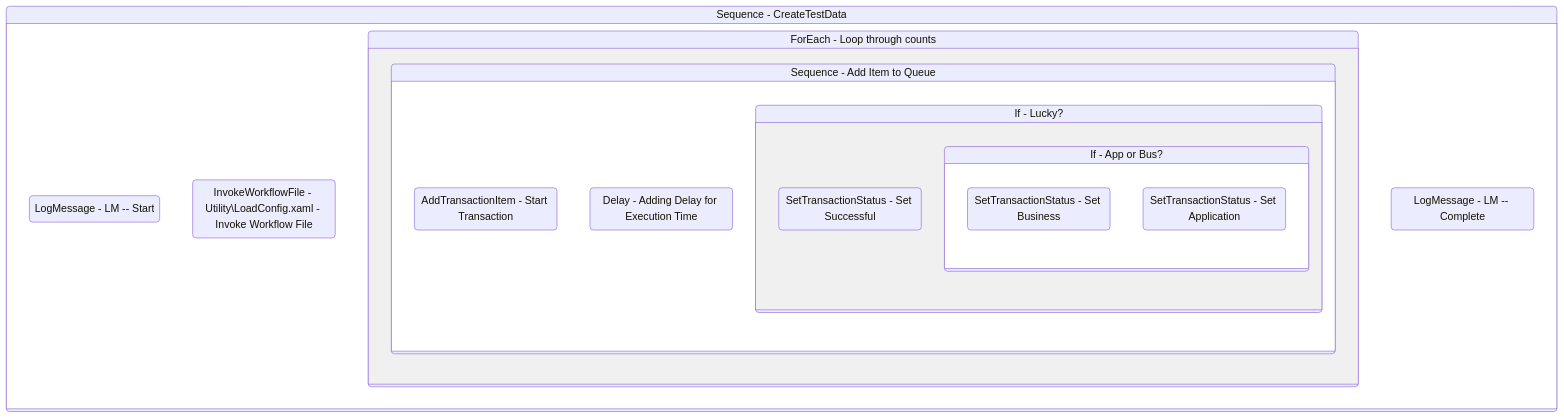
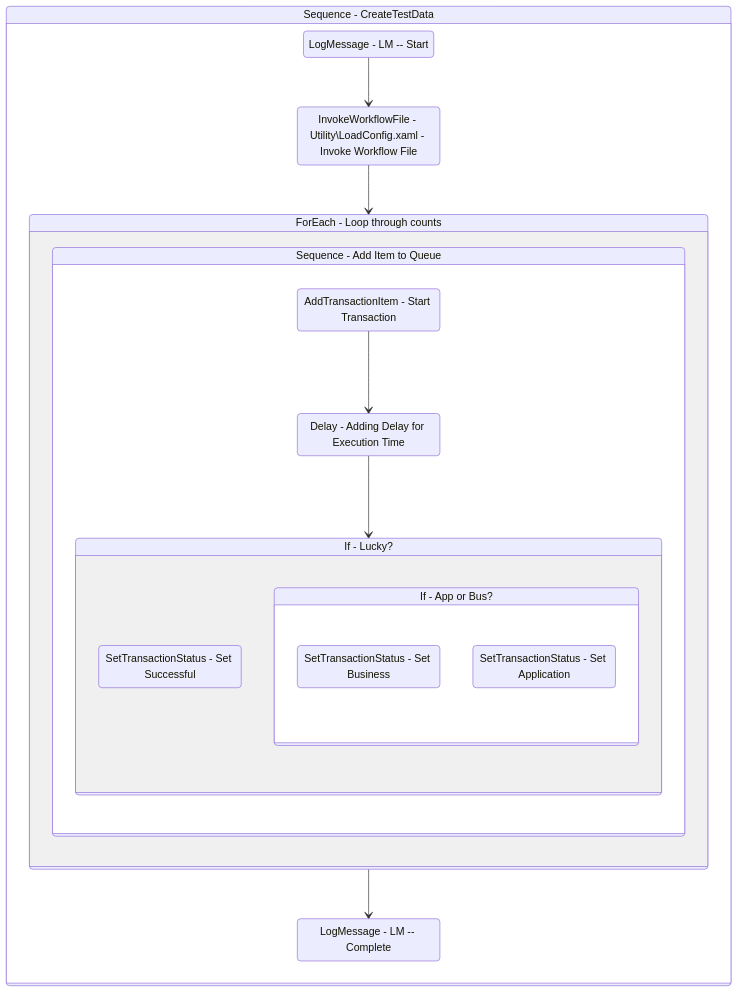
The diagram in Documentation/.templates/Reporters/Basic/Tests/CreateTestData.md (yashbrahmbhatt/LazyFramework), drawn with Mermaid before and after one commit. The commit also changed 78 other files, not shown here.

Commit message:
added handling of ifs in autodocs mermaid

````diff
--- a/Documentation/.templates/Reporters/Basic/Tests/CreateTestData.md
+++ b/Documentation/.templates/Reporters/Basic/Tests/CreateTestData.md
@@ -124,37 +124,40 @@
 ```mermaid
 stateDiagram-v2
 
 
 Sequence_1: Sequence - CreateTestData
 state Sequence_1 {
 direction TB
 LogMessage_1 : LogMessage - LM -- Start
 InvokeWorkflowFile_1 : InvokeWorkflowFile - Utility\\LoadConfig.xaml - Invoke Workflow File
-
+LogMessage_1 --> InvokeWorkflowFile_1
+InvokeWorkflowFile_1 --> ForEach1_1
 ForEach1_1: ForEach - Loop through counts
 state ForEach1_1 {
 direction TB
 
 Sequence_2: Sequence - Add Item to Queue
 state Sequence_2 {
 direction TB
 AddTransactionItem_1 : AddTransactionItem - Start Transaction
 Delay_1 : Delay - Adding Delay for Execution Time
-
+AddTransactionItem_1 --> Delay_1
+Delay_1 --> If_1
 If_1: If - Lucky?
 state If_1 {
 direction TB
 SetTransactionStatus_1 : SetTransactionStatus - Set Successful
 
 If_2: If - App or Bus?
 state If_2 {
 direction TB
 SetTransactionStatus_3 : SetTransactionStatus - Set Business
 SetTransactionStatus_5 : SetTransactionStatus - Set Application
 }
 }
 }
 }
 LogMessage_2 : LogMessage - LM -- Complete
+ForEach1_1 --> LogMessage_2
 }
 ```
````
